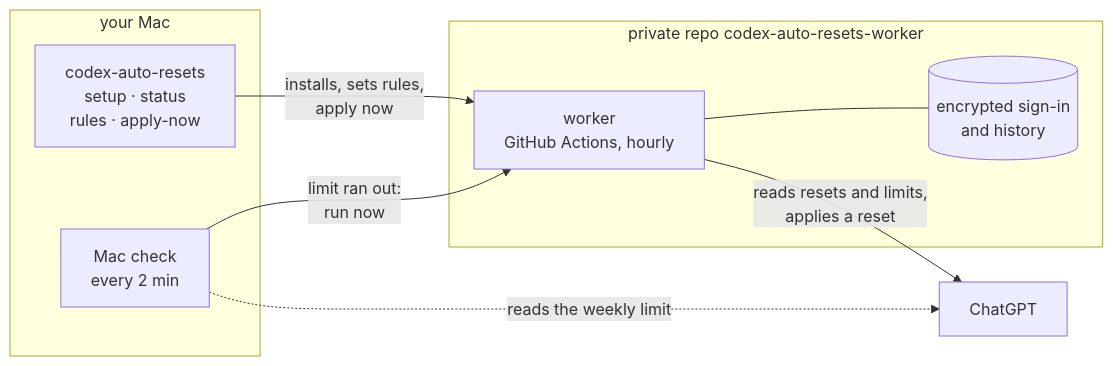
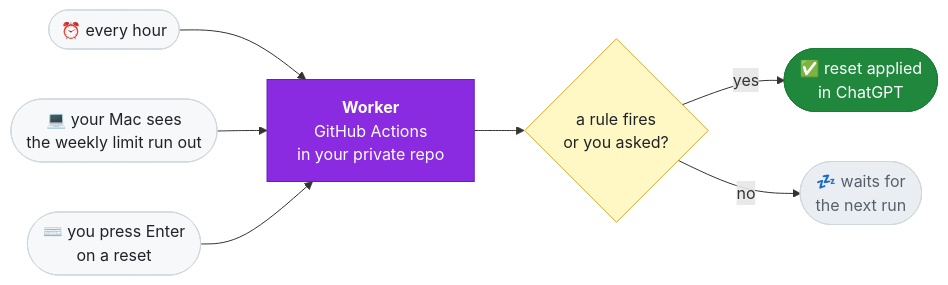
Before and after one commit to Keshaqaz/ares: the diagram in README.md, drawn with Mermaid. The commit also changed 5 other files, not shown here.

First line of the commit message:
Retake the README screenshots without a frame and simplify the diagram

````diff
--- a/README.md
+++ b/README.md
@@ -60,17 +60,28 @@
 ```mermaid
 flowchart LR
-  subgraph M["your Mac"]
-    CLI["codex-auto-resets<br/>setup · status<br/>rules · apply-now"]
-    A["Mac check<br/>every 2 min"]
-  end
-  subgraph R["private repo codex-auto-resets-worker"]
-    W["worker<br/>GitHub Actions, hourly"]
-    S[("encrypted sign-in<br/>and history")]
-  end
-  C["ChatGPT"]
-  CLI -- "installs, sets rules,<br/>apply now" --> W
-  A -. "reads the weekly limit" .-> C
-  A -- "limit ran out:<br/>run now" --> W
-  W --- S
-  W -- "reads resets and limits,<br/>applies a reset" --> C
+  hour(["⏰ every hour"])
+  mac(["💻 your Mac sees<br/>the weekly limit run out"])
+  you(["⌨️ you press Enter<br/>on a reset"])
+  worker["<b>Worker</b><br/>GitHub Actions<br/>in your private repo"]
+  due{"a rule fires<br/>or you asked?"}
+  apply(["✅ reset applied<br/>in ChatGPT"])
+  wait(["💤 waits for<br/>the next run"])
+
+  hour --> worker
+  mac --> worker
+  you --> worker
+  worker --> due
+  due -- yes --> apply
+  due -- no --> wait
+
+  classDef trigger fill:#f6f8fa,stroke:#d0d7de,color:#1f2328
+  classDef main fill:#8A2BE2,stroke:#6a1fb0,color:#ffffff
+  classDef check fill:#fff8c5,stroke:#d4a72c,color:#1f2328
+  classDef ok fill:#1f883d,stroke:#1a7f37,color:#ffffff
+  classDef idle fill:#eaeef2,stroke:#d0d7de,color:#57606a
+  class hour,mac,you trigger
+  class worker main
+  class due check
+  class apply ok
+  class wait idle
 ```
````
